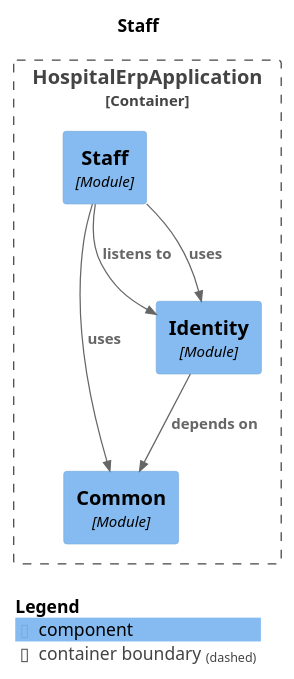
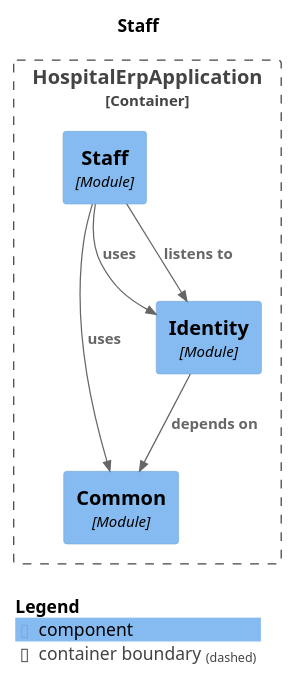
The diagram in docs/modules/module-staff.puml (harshsharma5720/HospitalERP), drawn with PlantUML before and after one commit. The commit also changed other lines of this file and 44 other files, not shown here.

```diff
--- a/docs/modules/module-staff.puml
+++ b/docs/modules/module-staff.puml
@@ -1,23 +1,23 @@
 @startuml
 set separator none
 title Staff
 
 top to bottom direction
 
 !include <C4/C4>
 !include <C4/C4_Context>
 !include <C4/C4_Component>
 
 Container_Boundary("HospitalErpApplication.HospitalErpApplication_boundary", "HospitalErpApplication", $tags="") {
   Component(HospitalErpApplication.HospitalErpApplication.Common, "Common", $techn="Module", $descr="", $tags="", $link="")
   Component(HospitalErpApplication.HospitalErpApplication.Identity, "Identity", $techn="Module", $descr="", $tags="", $link="")
   Component(HospitalErpApplication.HospitalErpApplication.Staff, "Staff", $techn="Module", $descr="", $tags="", $link="")
 }
 
-Rel(HospitalErpApplication.HospitalErpApplication.Staff, HospitalErpApplication.HospitalErpApplication.Identity, "listens to", $techn="", $tags="", $link="")
 Rel(HospitalErpApplication.HospitalErpApplication.Staff, HospitalErpApplication.HospitalErpApplication.Identity, "uses", $techn="", $tags="", $link="")
 Rel(HospitalErpApplication.HospitalErpApplication.Staff, HospitalErpApplication.HospitalErpApplication.Common, "uses", $techn="", $tags="", $link="")
 Rel(HospitalErpApplication.HospitalErpApplication.Identity, HospitalErpApplication.HospitalErpApplication.Common, "depends on", $techn="", $tags="", $link="")
+Rel(HospitalErpApplication.HospitalErpApplication.Staff, HospitalErpApplication.HospitalErpApplication.Identity, "listens to", $techn="", $tags="", $link="")
 
 SHOW_LEGEND(true)
 @enduml
```
